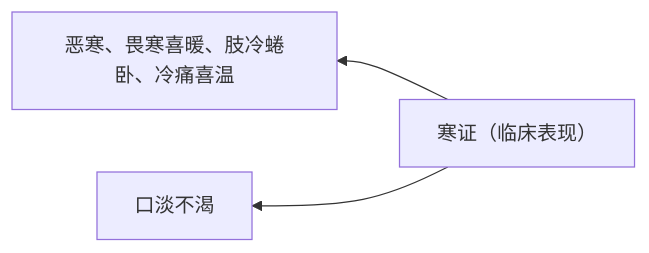
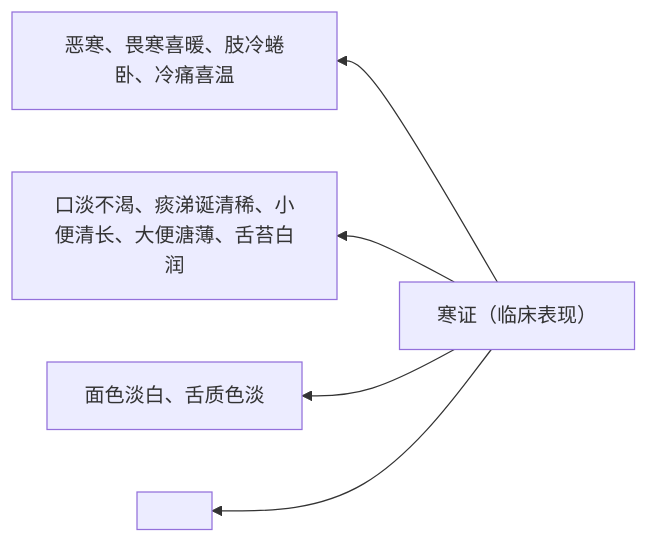
Before and after one commit to Ouyang-Linfeng/Notes: the seventh of 7 diagrams in TCM/01中医诊断学[北京中医药大学].md, drawn with Mermaid. The commit also changed other lines of this file, not shown here.

````diff
--- a/TCM/01中医诊断学[北京中医药大学].md
+++ b/TCM/01中医诊断学[北京中医药大学].md
@@ -81,5 +81,7 @@
 ```mermaid
 graph RL
 A["寒证（临床表现）"] --> B["恶寒、畏寒喜暖、肢冷蜷卧、冷痛喜温"];
-A --> C["口淡不渴"]
+A --> C["口淡不渴、痰涕诞清稀、小便清长、大便溏薄、舌苔白润"];
+A --> D["面色淡白、舌质色淡"];
+A --> E[" "]
 ```
````
